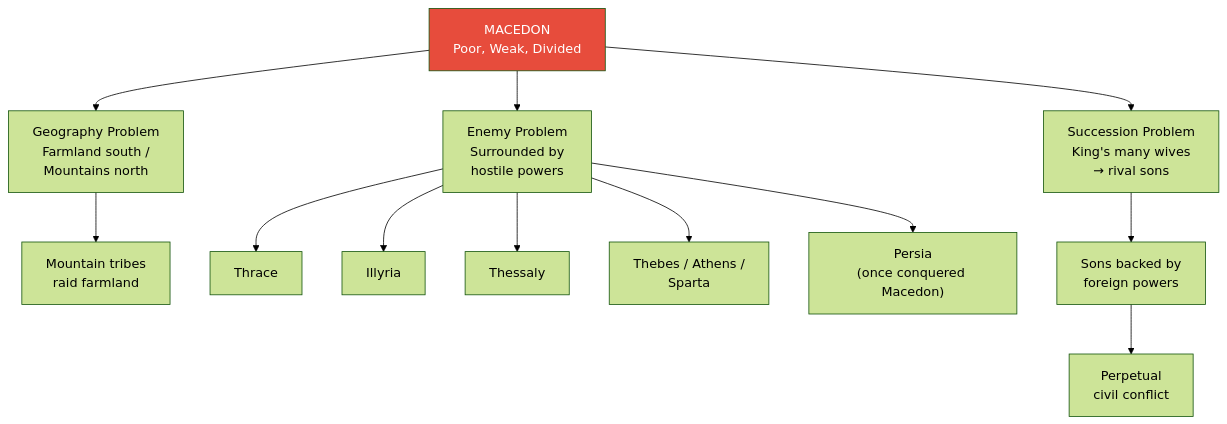
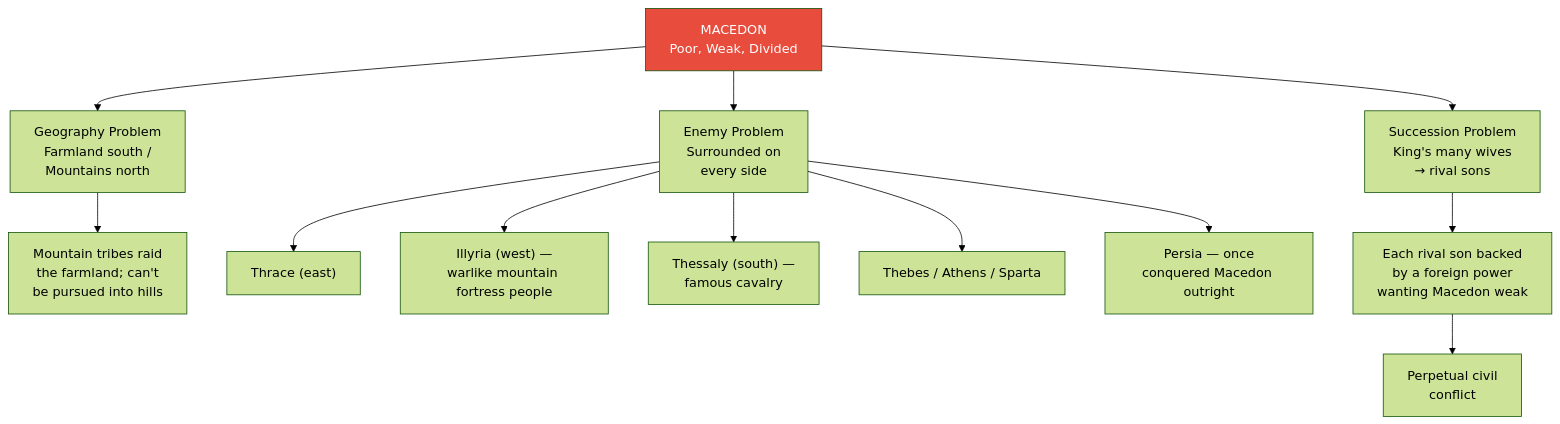
Before and after one commit to alius33/reader: the fourth of 9 diagrams in summaries/Lectures/Civilization/11 - The Greatness of Philip II of Macedon.md, drawn with Mermaid (forest theme). The commit also changed other lines of this file and 26 other files, not shown here.

````diff
--- a/summaries/Lectures/Civilization/11 - The Greatness of Philip II of Macedon.md
+++ b/summaries/Lectures/Civilization/11 - The Greatness of Philip II of Macedon.md
@@ -106,15 +178,15 @@
 ```mermaid
 flowchart TB
     M["MACEDON<br/>Poor, Weak, Divided"] --> G["Geography Problem<br/>Farmland south /<br/>Mountains north"]
-    M --> E["Enemy Problem<br/>Surrounded by<br/>hostile powers"]
+    M --> E["Enemy Problem<br/>Surrounded on<br/>every side"]
     M --> S["Succession Problem<br/>King's many wives<br/>→ rival sons"]
-    G --> G1["Mountain tribes<br/>raid farmland"]
-    E --> E1["Thrace"]
-    E --> E2["Illyria"]
-    E --> E3["Thessaly"]
-    E --> E4["Thebes / Athens /<br/>Sparta"]
-    E --> E5["Persia<br/>(once conquered Macedon)"]
-    S --> S1["Sons backed by<br/>foreign powers"]
-    S1 --> S2["Perpetual<br/>civil conflict"]
+    G --> G1["Mountain tribes raid<br/>the farmland; can't<br/>be pursued into hills"]
+    E --> E1["Thrace (east)"]
+    E --> E2["Illyria (west) —<br/>warlike mountain fortress people"]
+    E --> E3["Thessaly (south) —<br/>famous cavalry"]
+    E --> E4["Thebes / Athens / Sparta"]
+    E --> E5["Persia — once<br/>conquered Macedon outright"]
+    S --> S1["Each rival son backed<br/>by a foreign power<br/>wanting Macedon weak"]
+    S1 --> S2["Perpetual civil<br/>conflict"]
     style M fill:#e74c3c,color:#fff
 ```
````
